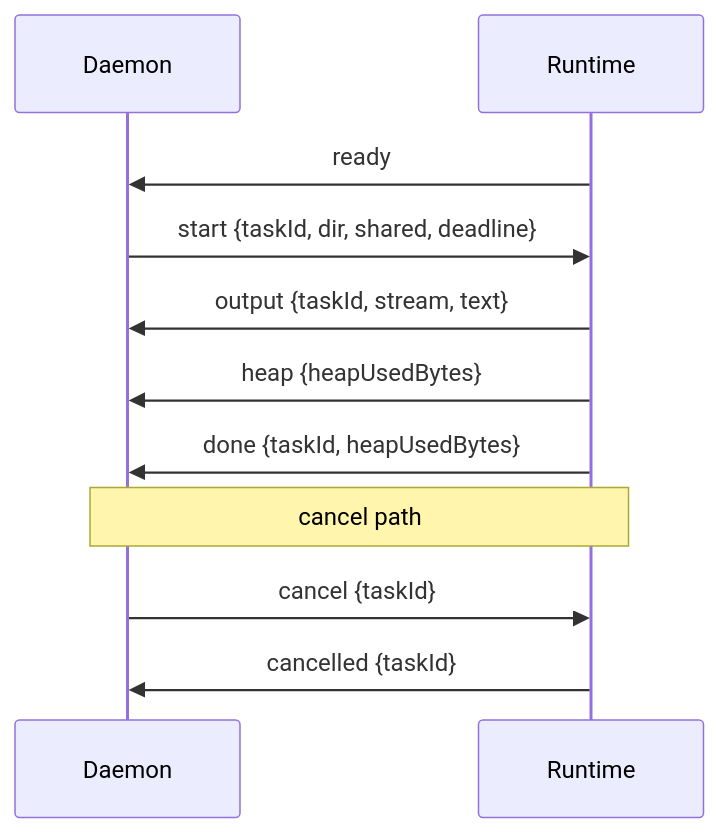
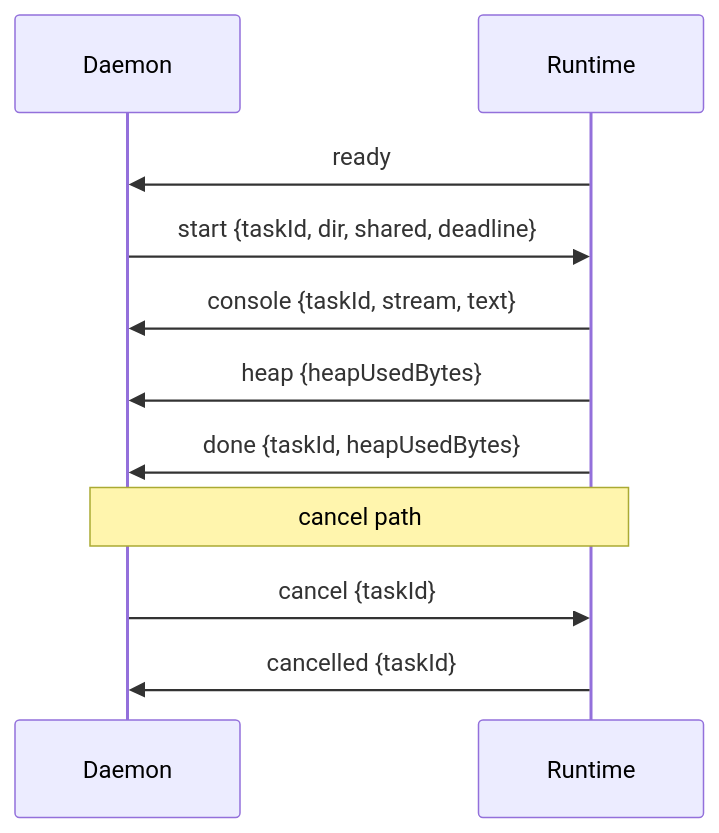
One commit to n8n-io/n8n-sandbox-service changed the fifth of 5 diagrams in docs/code-daemon.md. Above: the diagram before and after it, drawn with Mermaid. The commit also changed other lines of this file, not shown here.

Commit message:
docs(codedaemon): rename the runtime output message to console (CET-692)

````diff
--- a/docs/code-daemon.md
+++ b/docs/code-daemon.md
@@ -232,13 +232,13 @@
 ```mermaid
 sequenceDiagram
     participant D as Daemon
     participant W as Runtime
     W->>D: ready
     D->>W: start {taskId, dir, shared, deadline}
-    W->>D: output {taskId, stream, text}
+    W->>D: console {taskId, stream, text}
     W->>D: heap {heapUsedBytes}
     W->>D: done {taskId, heapUsedBytes}
     Note over D,W: cancel path
     D->>W: cancel {taskId}
     W->>D: cancelled {taskId}
 ```
````
